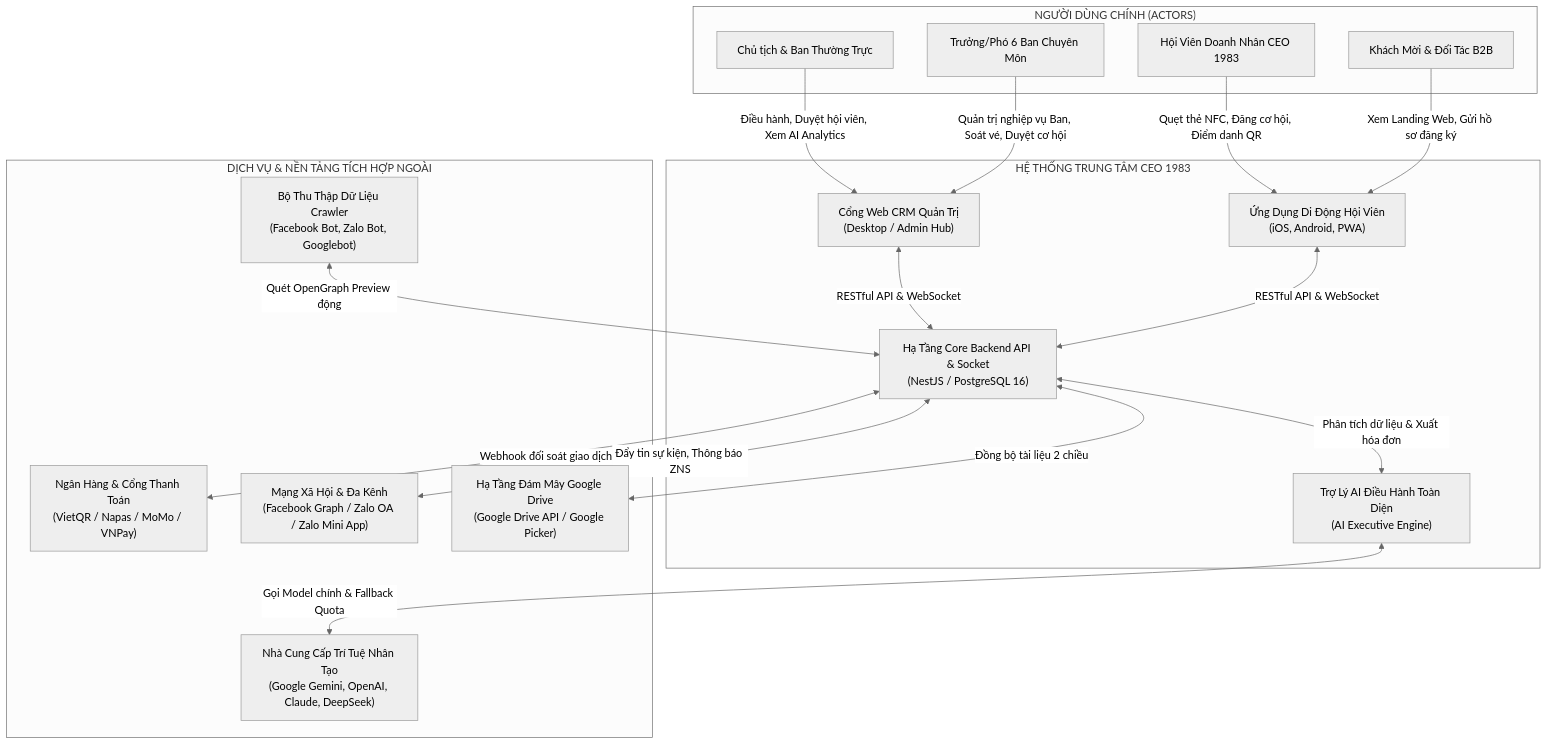
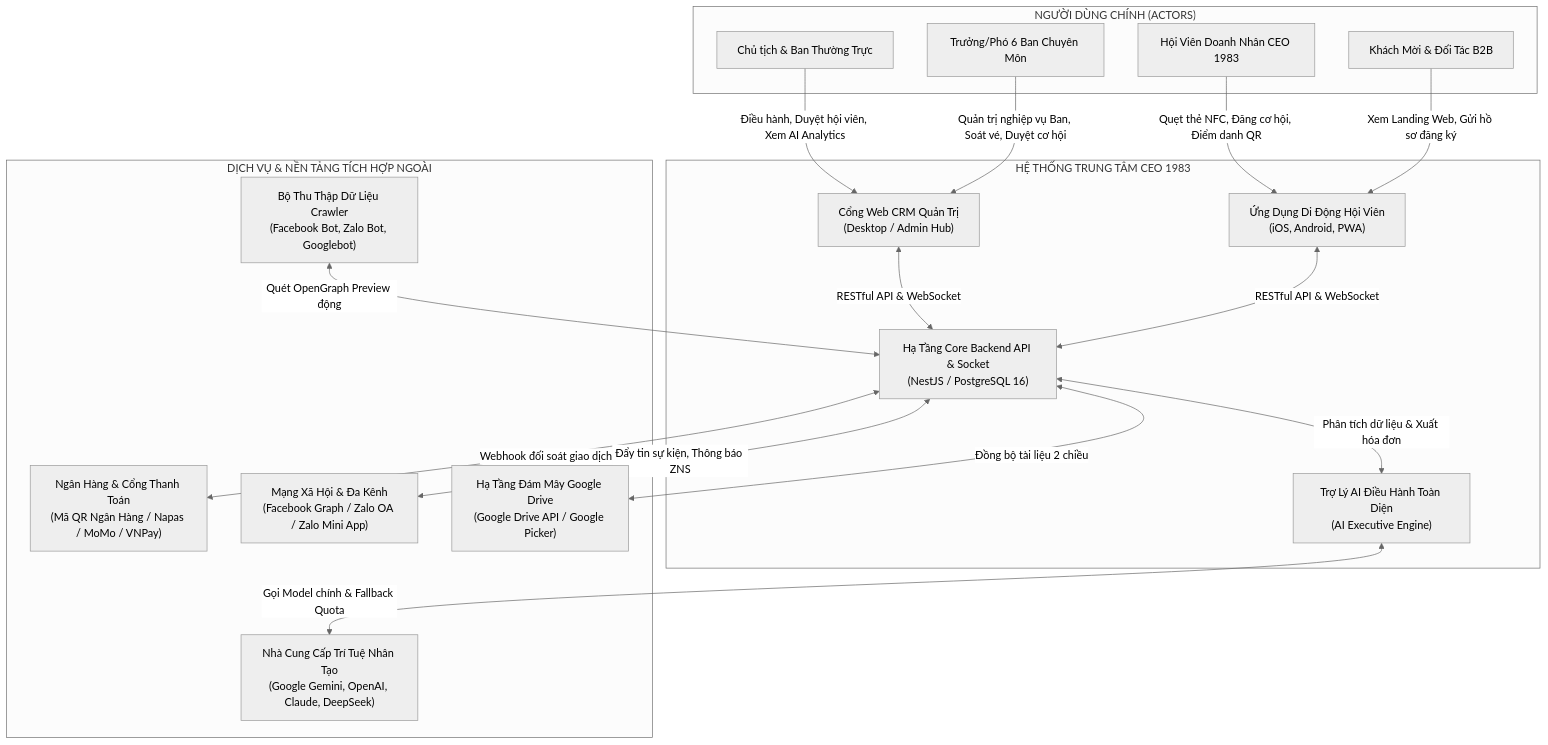
The first of 18 diagrams in document/notebooklm/08_TAI_LIEU_DAC_TA_YEU_CAU_PHAN_MEM_SRS_V7.md (viconnect-product-team/ceo1983_project), drawn with Mermaid (neutral theme) before and after one commit. The commit also changed other lines of this file and 61 other files, not shown here.

````diff
--- a/document/notebooklm/08_TAI_LIEU_DAC_TA_YEU_CAU_PHAN_MEM_SRS_V7.md
+++ b/document/notebooklm/08_TAI_LIEU_DAC_TA_YEU_CAU_PHAN_MEM_SRS_V7.md
@@ -80,39 +80,39 @@
 ```mermaid
 graph TD
     subgraph "NGƯỜI DÙNG CHÍNH (ACTORS)"
         A1["Chủ tịch & Ban Thường Trực"]
         A2["Trưởng/Phó 6 Ban Chuyên Môn"]
         A3["Hội Viên Doanh Nhân CEO 1983"]
         A4["Khách Mời & Đối Tác B2B"]
     end
 
     subgraph "HỆ THỐNG TRUNG TÂM CEO 1983"
         SYS1["Cổng Web CRM Quản Trị<br/>(Desktop / Admin Hub)"]
         SYS2["Ứng Dụng Di Động Hội Viên<br/>(iOS, Android, PWA)"]
         SYS3["Hạ Tầng Core Backend API & Socket<br/>(NestJS / PostgreSQL 16)"]
         SYS4["Trợ Lý AI Điều Hành Toàn Diện<br/>(AI Executive Engine)"]
     end
 
     subgraph "DỊCH VỤ & NỀN TẢNG TÍCH HỢP NGOÀI"
-        EXT1["Ngân Hàng & Cổng Thanh Toán<br/>(VietQR / Napas / MoMo / VNPay)"]
+        EXT1["Ngân Hàng & Cổng Thanh Toán<br/>(Mã QR Ngân Hàng / Napas / MoMo / VNPay)"]
         EXT2["Mạng Xã Hội & Đa Kênh<br/>(Facebook Graph / Zalo OA / Zalo Mini App)"]
         EXT3["Hạ Tầng Đám Mây Google Drive<br/>(Google Drive API / Google Picker)"]
         EXT4["Nhà Cung Cấp Trí Tuệ Nhân Tạo<br/>(Google Gemini, OpenAI, Claude, DeepSeek)"]
         EXT5["Bộ Thu Thập Dữ Liệu Crawler<br/>(Facebook Bot, Zalo Bot, Googlebot)"]
     end
 
     A1 -->|Điều hành, Duyệt hội viên, Xem AI Analytics| SYS1
     A2 -->|Quản trị nghiệp vụ Ban, Soát vé, Duyệt cơ hội| SYS1
     A3 -->|Quẹt thẻ NFC, Đăng cơ hội, Điểm danh QR| SYS2
     A4 -->|Xem Landing Web, Gửi hồ sơ đăng ký| SYS2
 
     SYS1 <-->|RESTful API & WebSocket| SYS3
     SYS2 <-->|RESTful API & WebSocket| SYS3
     SYS3 <-->|Phân tích dữ liệu & Xuất hóa đơn| SYS4
 
     SYS3 <-->|Webhook đối soát giao dịch| EXT1
     SYS3 <-->|Đẩy tin sự kiện, Thông báo ZNS| EXT2
     SYS3 <-->|Đồng bộ tài liệu 2 chiều| EXT3
     SYS4 <-->|Gọi Model chính & Fallback Quota| EXT4
     EXT5 <-->|Quét OpenGraph Preview động| SYS3
 ```
````
